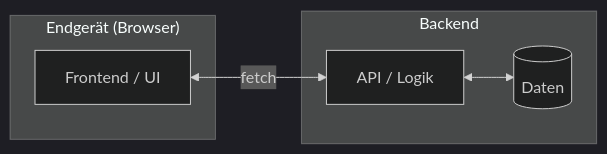
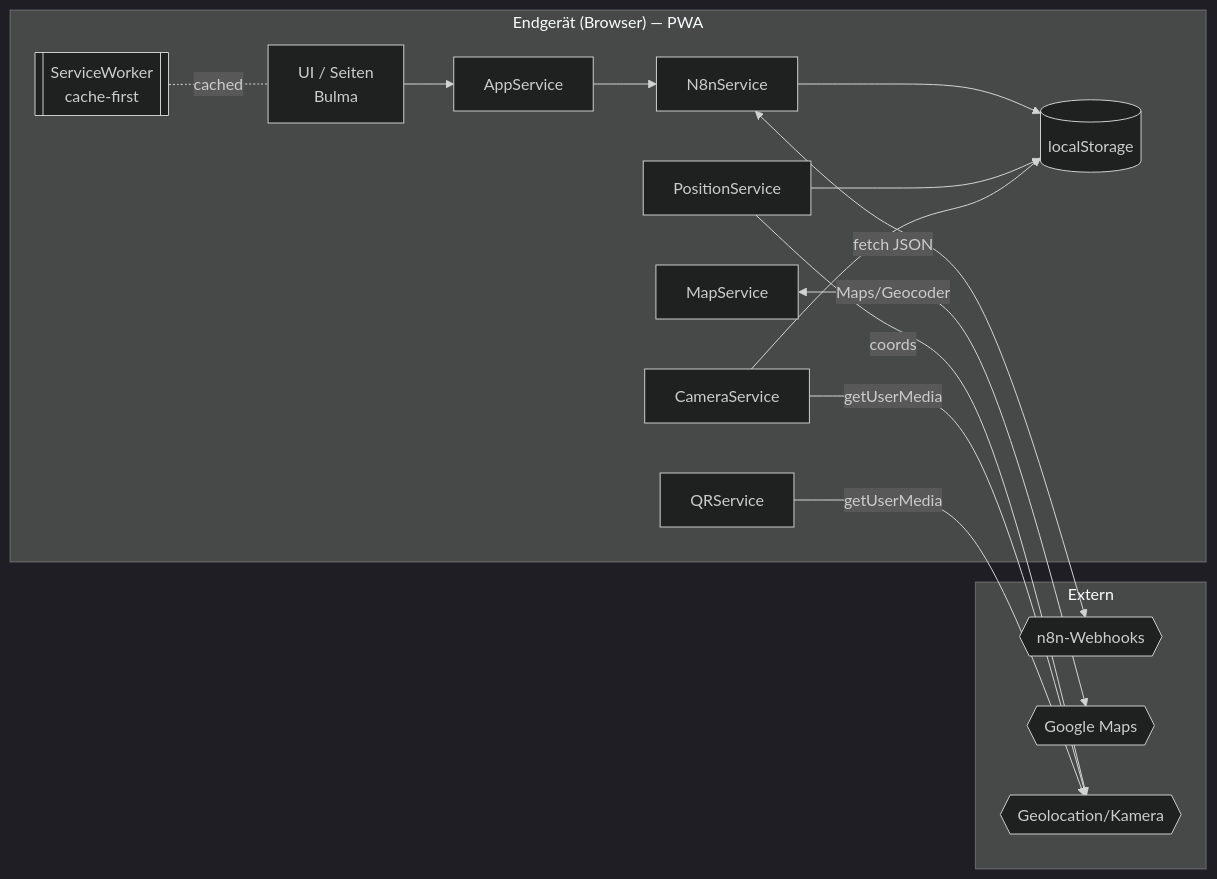
The first of 2 diagrams in ARCHITECTURE.md (gseilheimer/ki-projekt-template), drawn with Mermaid (dark theme) before and after one commit. The commit also changed other lines of this file, not shown here.

First line of the commit message:
docs(architecture): ARCHITECTURE.md an reale Touristik-Guide-PWA anpassen

````diff
--- a/ARCHITECTURE.md
+++ b/ARCHITECTURE.md
@@ -53,12 +57,30 @@
 ```mermaid
 flowchart LR
-    subgraph Client["Endgerät (Browser)"]
-        ui[Frontend / UI]
+    subgraph Client["Endgerät (Browser) — PWA"]
+        ui[UI / Seiten<br/>Bulma]
+        app[AppService]
+        n8n[N8nService]
+        pos[PositionService]
+        map[MapService]
+        cam[CameraService]
+        qr[QRService]
+        sw[[ServiceWorker<br/>cache-first]]
+        ls[(localStorage)]
     end
-    subgraph Backend
-        api[API / Logik]
-        data[(Daten)]
+    subgraph Extern
+        wh{{n8n-Webhooks}}
+        gm{{Google Maps}}
+        dev{{Geolocation/Kamera}}
     end
-    ui <-->|fetch| api
-    api <--> data
+    ui --> app
+    app --> n8n
+    n8n <-->|fetch JSON| wh
+    pos -->|coords| dev
+    cam -->|getUserMedia| dev
+    qr -->|getUserMedia| dev
+    map <-->|Maps/Geocoder| gm
+    n8n --> ls
+    pos --> ls
+    cam --> ls
+    sw -. cached .- ui
 ```
````
